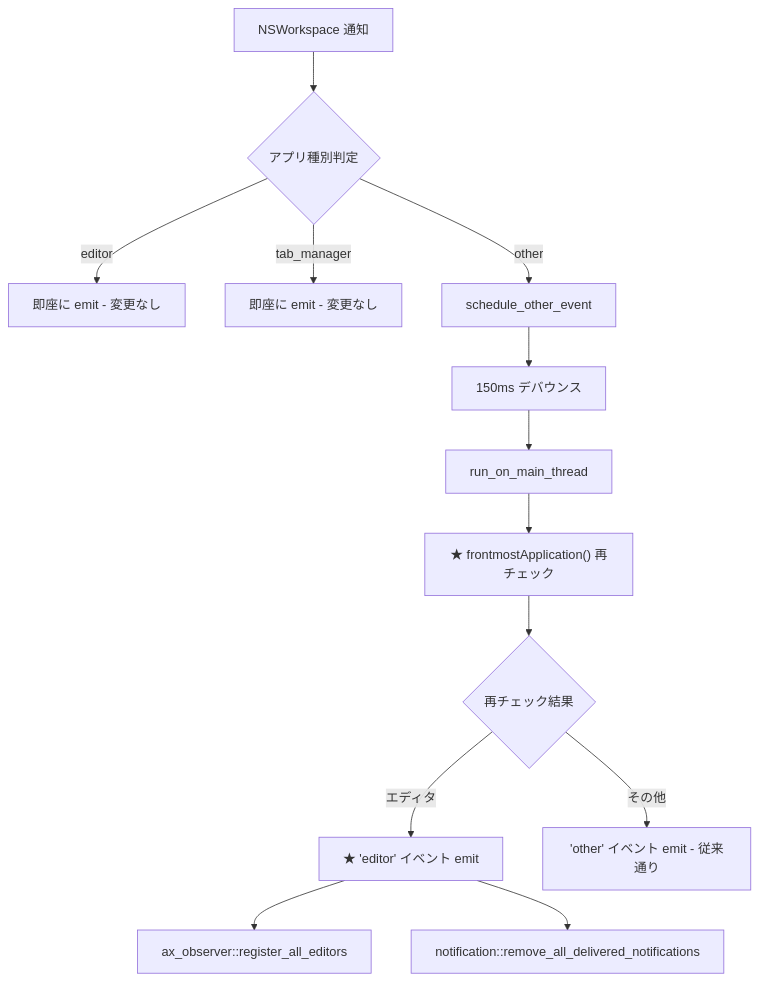
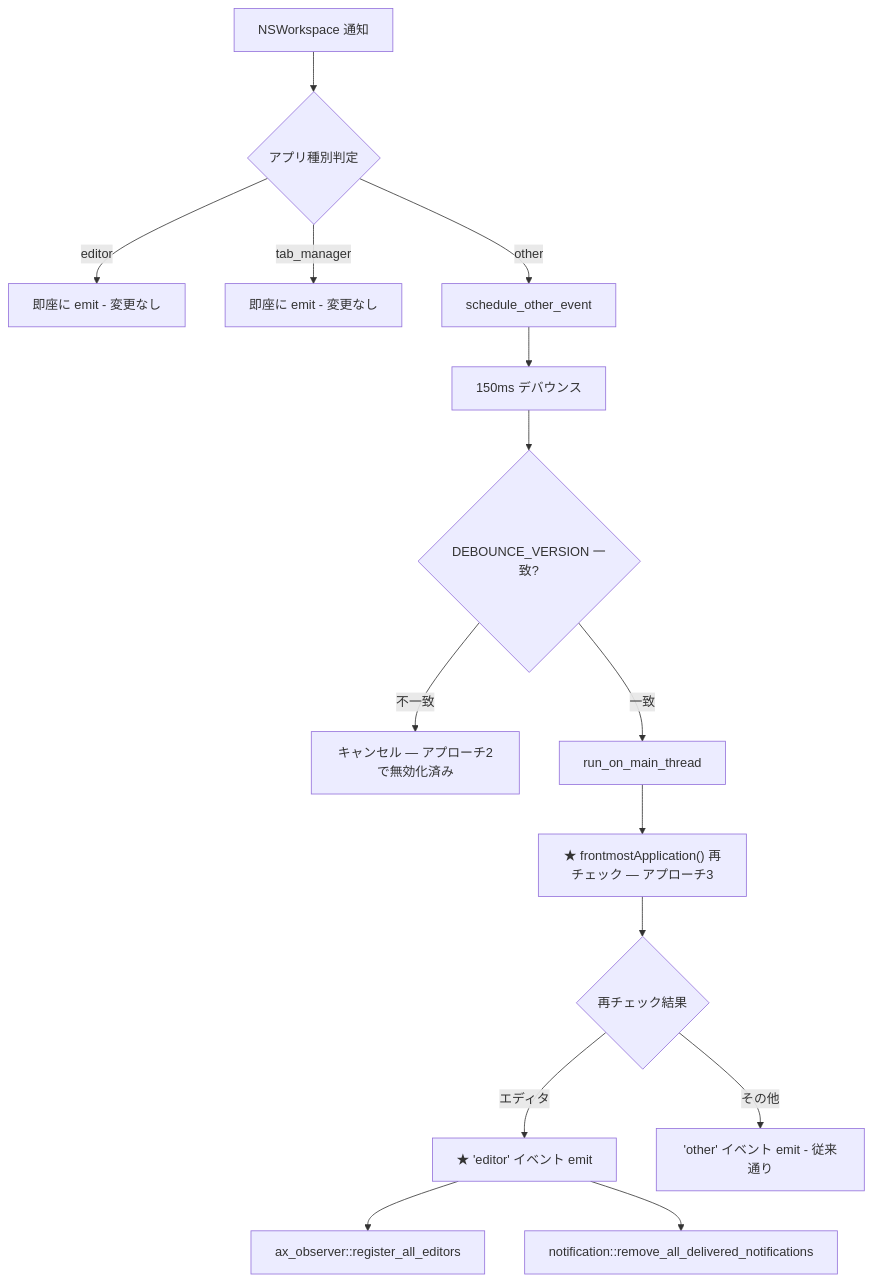
The seventh of 9 diagrams in docs/Dock切替タブ追従/plan.md (884js/editor-tab-manager), drawn with Mermaid before and after one commit. The commit also changed other lines of this file and 10 other files, not shown here.

````diff
--- a/docs/Dock切替タブ追従/plan.md
+++ b/docs/Dock切替タブ追従/plan.md
@@ -91,15 +250,17 @@
 ```mermaid
 flowchart TD
     A[NSWorkspace 通知] --> B{アプリ種別判定}
     B -->|editor| C[即座に emit - 変更なし]
     B -->|tab_manager| D[即座に emit - 変更なし]
     B -->|other| E[schedule_other_event]
     E --> F[150ms デバウンス]
-    F --> G[run_on_main_thread]
-    G --> H["★ frontmostApplication() 再チェック"]
-    H --> I{再チェック結果}
-    I -->|エディタ| J["★ 'editor' イベント emit"]
-    J --> K[ax_observer::register_all_editors]
-    J --> L[notification::remove_all_delivered_notifications]
-    I -->|その他| M["'other' イベント emit - 従来通り"]
+    F --> G{DEBOUNCE_VERSION 一致?}
+    G -->|不一致| H[キャンセル — アプローチ2で無効化済み]
+    G -->|一致| I[run_on_main_thread]
+    I --> J["★ frontmostApplication() 再チェック — アプローチ3"]
+    J --> K{再チェック結果}
+    K -->|エディタ| L["★ 'editor' イベント emit"]
+    L --> M[ax_observer::register_all_editors]
+    L --> N[notification::remove_all_delivered_notifications]
+    K -->|その他| O["'other' イベント emit - 従来通り"]
 ```
````
